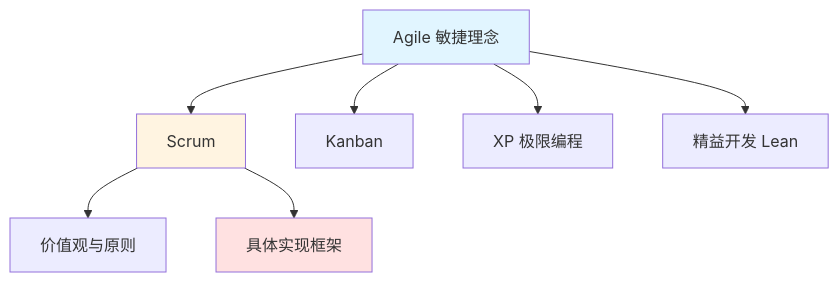
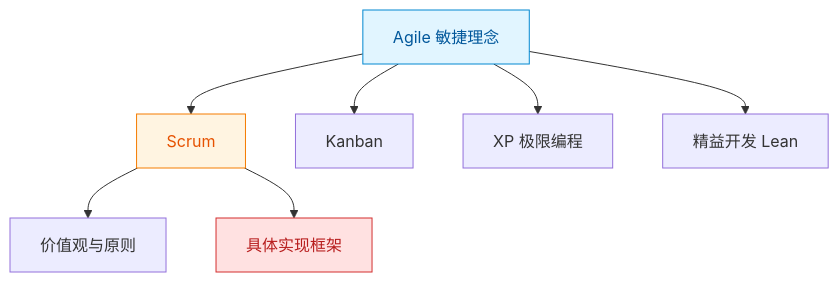
Before and after one commit to FreezeSoul/freezesoul.github.com: the first of 4 diagrams in _posts/2013-03-22-agile-scrum.md, drawn with Mermaid. The commit also changed other lines of this file and 9 other files, not shown here.

Commit message:
修正mermaid配色与要求

````diff
--- a/_posts/2013-03-22-agile-scrum.md
+++ b/_posts/2013-03-22-agile-scrum.md
@@ -36,14 +36,14 @@
 ```mermaid
 graph TD
     A[Agile 敏捷理念] --> B[Scrum]
     A --> C[Kanban]
     A --> D[XP 极限编程]
     A --> E[精益开发 Lean]
 
     B --> F[价值观与原则]
     B --> G[具体实现框架]
 
-    style A fill:#e1f5ff
-    style B fill:#fff4e1
-    style G fill:#ffe1e1
+    style A fill:#e1f5ff,stroke:#0288d1,color:#01579b
+    style B fill:#fff4e1,stroke:#f57c00,color:#e65100
+    style G fill:#ffe1e1,stroke:#d32f2f,color:#b71c1c
 ```
````
